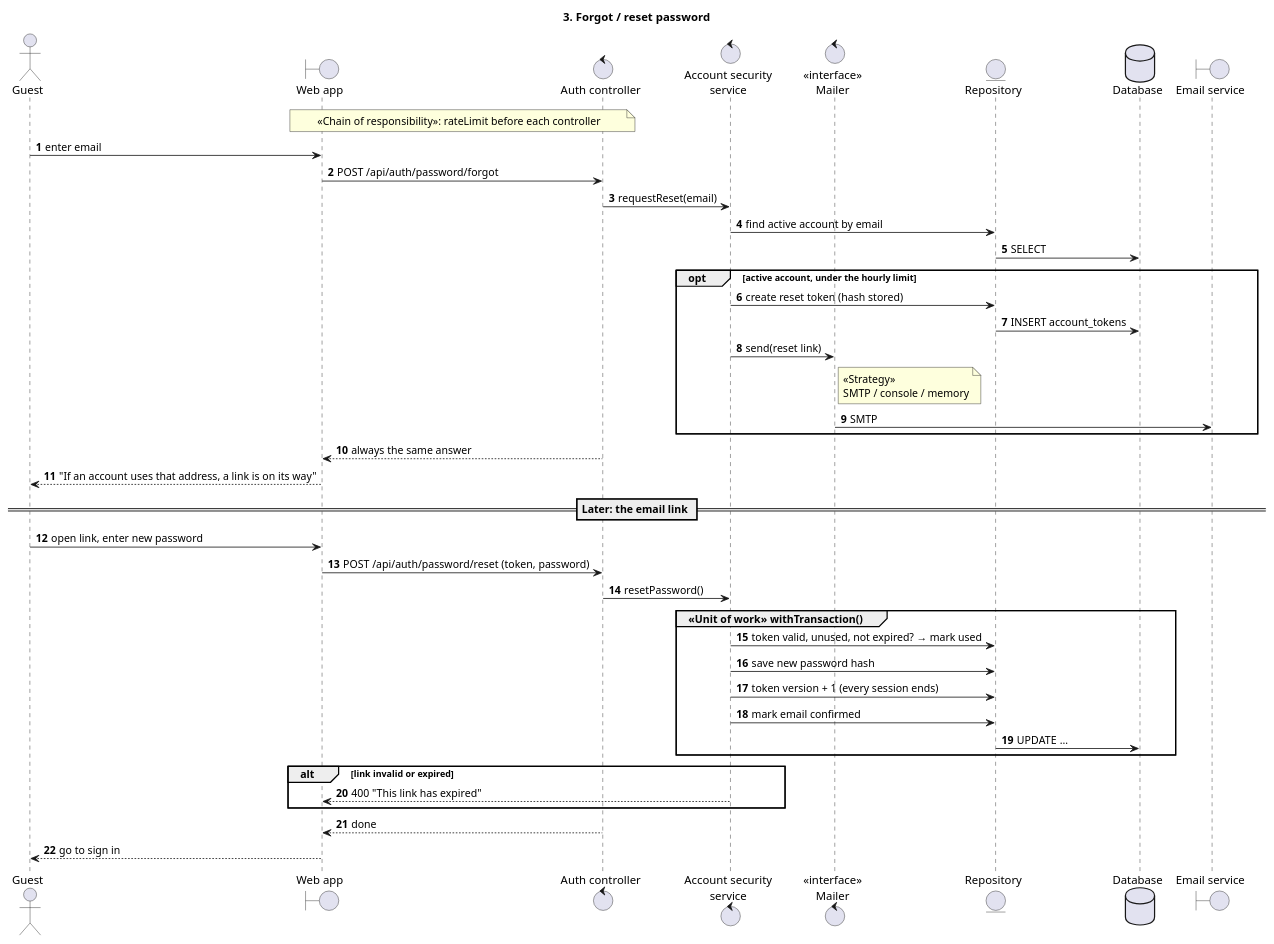
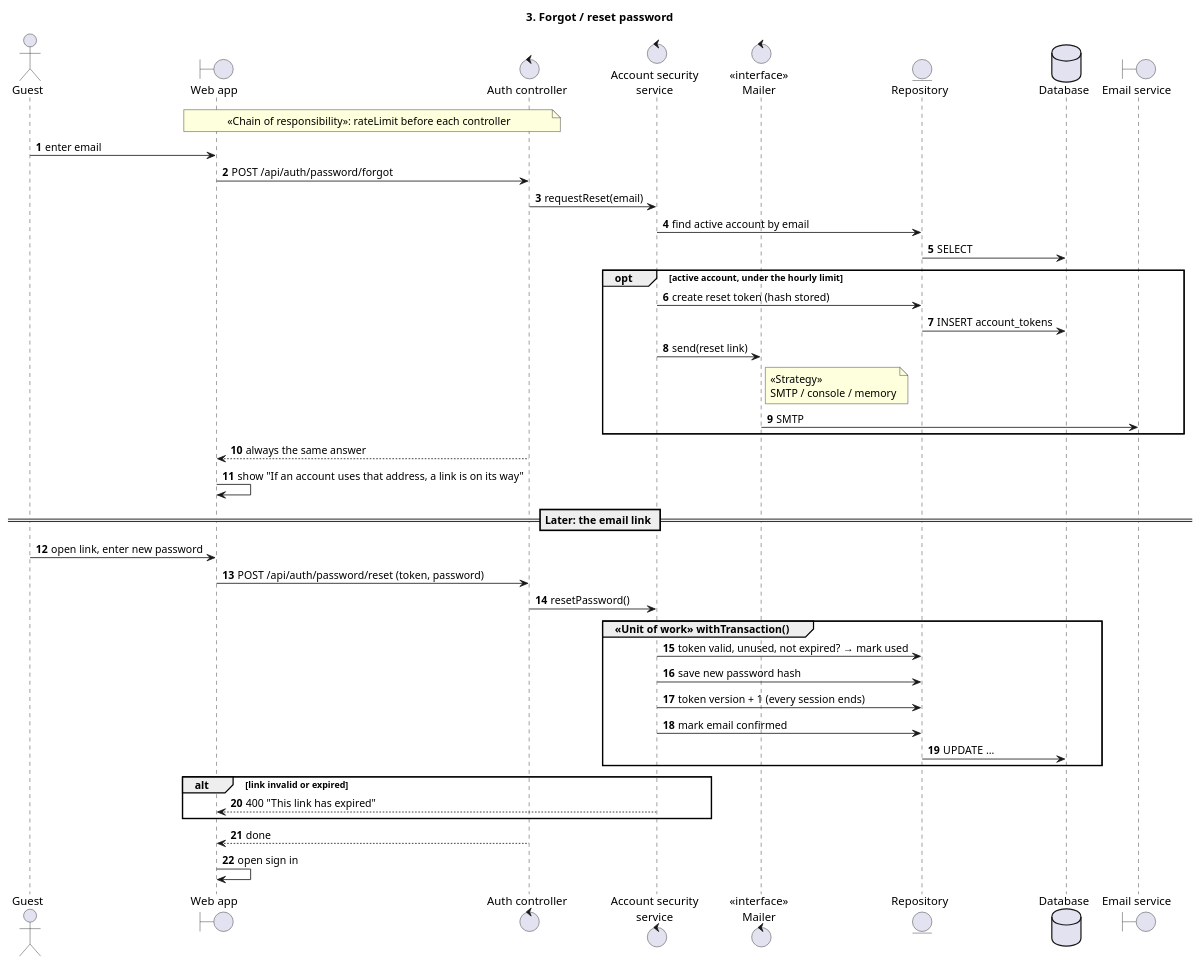
Before and after one commit to BLF2710/Nihongo-Training: the diagram in Diagram/sequence/03-reset-password.puml, drawn with PlantUML. The commit also changed 94 other files, not shown here.

```diff
--- a/Diagram/sequence/03-reset-password.puml
+++ b/Diagram/sequence/03-reset-password.puml
@@ -13,49 +13,49 @@
 @startuml 03 Reset password
 title 3. Forgot / reset password
 autonumber
 skinparam sequenceMessageAlign left
 skinparam responseMessageBelowArrow true
 
 actor Guest
 boundary "Web app" as Web
 control "Auth controller" as Ctrl
 control "Account security\nservice" as Sec
 control "«interface»\nMailer" as Mailer
 entity "Repository" as Repo
 database "Database" as DB
 boundary "Email service" as Email
 
 note over Web, Ctrl : «Chain of responsibility»: rateLimit before each controller
 
 Guest -> Web : enter email
 Web -> Ctrl : POST /api/auth/password/forgot
 Ctrl -> Sec : requestReset(email)
 Sec -> Repo : find active account by email
 Repo -> DB : SELECT
 opt active account, under the hourly limit
   Sec -> Repo : create reset token (hash stored)
   Repo -> DB : INSERT account_tokens
   Sec -> Mailer : send(reset link)
   note right of Mailer : «Strategy»\nSMTP / console / memory
   Mailer -> Email : SMTP
 end
 Ctrl --> Web : always the same answer
-Web --> Guest : "If an account uses that address, a link is on its way"
+Web -> Web : show "If an account uses that address, a link is on its way"
 
 == Later: the email link ==
 Guest -> Web : open link, enter new password
 Web -> Ctrl : POST /api/auth/password/reset (token, password)
 Ctrl -> Sec : resetPassword()
 group «Unit of work» withTransaction()
   Sec -> Repo : token valid, unused, not expired? → mark used
   Sec -> Repo : save new password hash
   Sec -> Repo : token version + 1 (every session ends)
   Sec -> Repo : mark email confirmed
   Repo -> DB : UPDATE …
 end
 alt link invalid or expired
   Sec --> Web : 400 "This link has expired"
 end
 Ctrl --> Web : done
-Web --> Guest : go to sign in
+Web -> Web : open sign in
 @enduml
```
